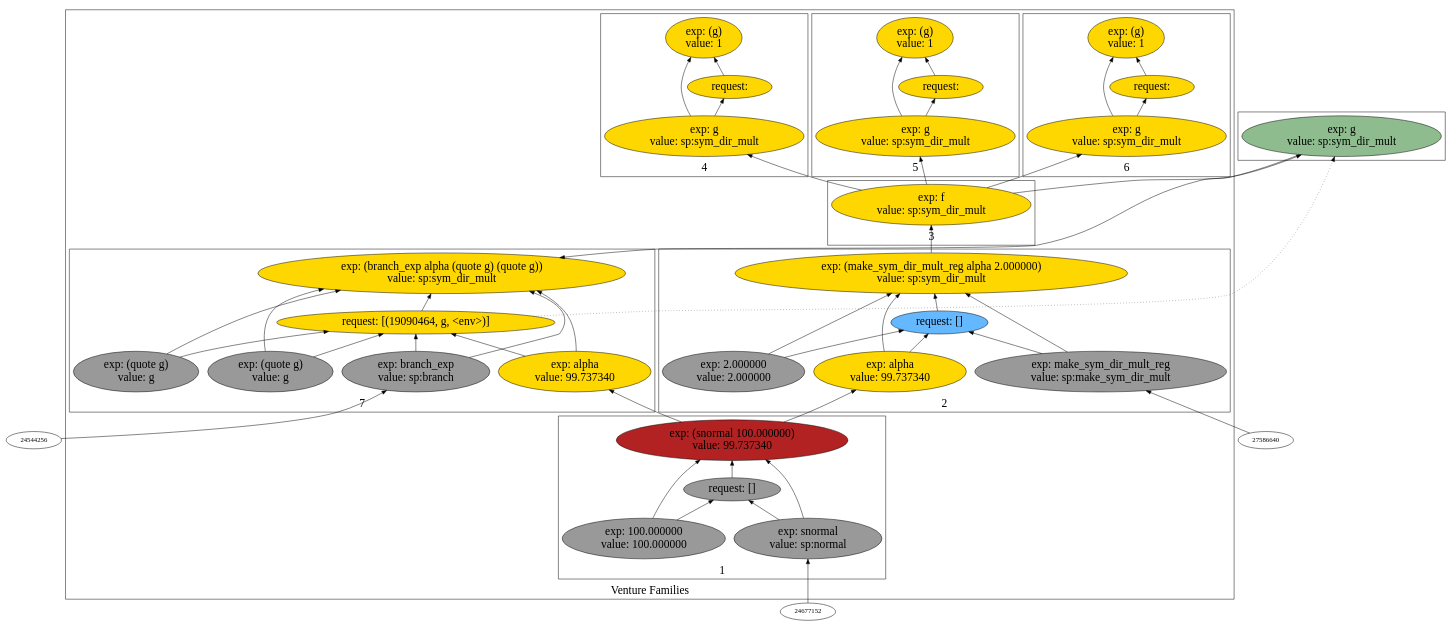
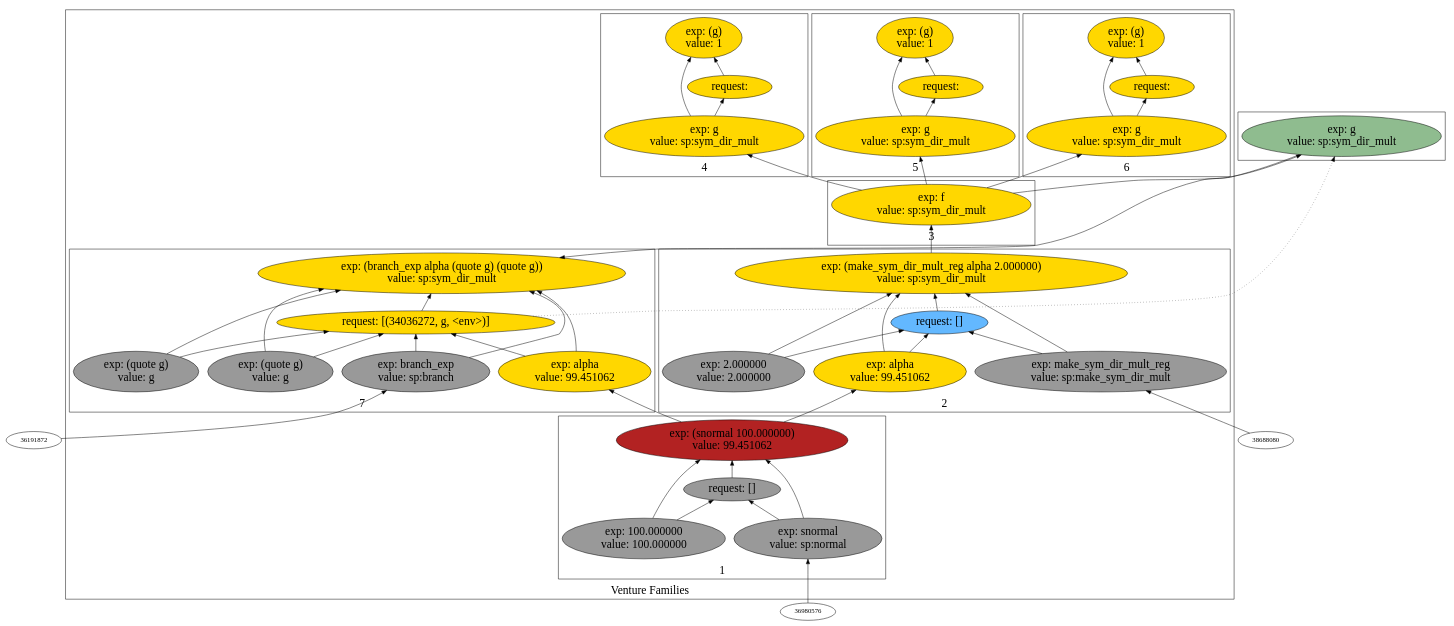
One commit to probcomp/Venturecxx changed the diagram in backend/cxx/graphs/aaa_challenge_no_aaa/dot3.dot. Above: the diagram before and after it, drawn with Graphviz. The commit also changed 374 other files, not shown here.

```diff
--- a/backend/cxx/graphs/aaa_challenge_no_aaa/dot3.dot
+++ b/backend/cxx/graphs/aaa_challenge_no_aaa/dot3.dot
@@ -5,105 +5,105 @@
 label="Venture Families"
 subgraph cluster2 {
 label="1"
-"19555728"["fillcolor"="firebrick" "fontsize"="24" "label"="exp: (snormal 100.000000)\nvalue: 99.737340" "shape"="ellipse" "style"="filled" ]
-"21569072"["fillcolor"="grey60" "fontsize"="24" "label"="request: []" "shape"="ellipse" "style"="filled" ]
-"21285312"["fillcolor"="grey60" "fontsize"="24" "label"="exp: snormal\nvalue: sp:normal" "shape"="ellipse" "style"="filled" ]
-"17556832"["fillcolor"="grey60" "fontsize"="24" "label"="exp: 100.000000\nvalue: 100.000000" "shape"="ellipse" "style"="filled" ]
+"37419920"["fillcolor"="firebrick" "fontsize"="24" "label"="exp: (snormal 100.000000)\nvalue: 99.451062" "shape"="ellipse" "style"="filled" ]
+"37220848"["fillcolor"="grey60" "fontsize"="24" "label"="request: []" "shape"="ellipse" "style"="filled" ]
+"31289616"["fillcolor"="grey60" "fontsize"="24" "label"="exp: snormal\nvalue: sp:normal" "shape"="ellipse" "style"="filled" ]
+"33946736"["fillcolor"="grey60" "fontsize"="24" "label"="exp: 100.000000\nvalue: 100.000000" "shape"="ellipse" "style"="filled" ]
 }
 
 subgraph cluster3 {
 label="2"
-"22140848"["fillcolor"="gold" "fontsize"="24" "label"="exp: (make_sym_dir_mult_reg alpha 2.000000)\nvalue: sp:sym_dir_mult" "shape"="ellipse" "style"="filled" ]
-"19964176"["fillcolor"="steelblue1" "fontsize"="24" "label"="request: []" "shape"="ellipse" "style"="filled" ]
-"20536048"["fillcolor"="grey60" "fontsize"="24" "label"="exp: make_sym_dir_mult_reg\nvalue: sp:make_sym_dir_mult" "shape"="ellipse" "style"="filled" ]
-"21594288"["fillcolor"="gold" "fontsize"="24" "label"="exp: alpha\nvalue: 99.737340" "shape"="ellipse" "style"="filled" ]
-"21669504"["fillcolor"="grey60" "fontsize"="24" "label"="exp: 2.000000\nvalue: 2.000000" "shape"="ellipse" "style"="filled" ]
+"33103552"["fillcolor"="gold" "fontsize"="24" "label"="exp: (make_sym_dir_mult_reg alpha 2.000000)\nvalue: sp:sym_dir_mult" "shape"="ellipse" "style"="filled" ]
+"31861488"["fillcolor"="steelblue1" "fontsize"="24" "label"="request: []" "shape"="ellipse" "style"="filled" ]
+"30588672"["fillcolor"="grey60" "fontsize"="24" "label"="exp: make_sym_dir_mult_reg\nvalue: sp:make_sym_dir_mult" "shape"="ellipse" "style"="filled" ]
+"31869600"["fillcolor"="gold" "fontsize"="24" "label"="exp: alpha\nvalue: 99.451062" "shape"="ellipse" "style"="filled" ]
+"31339040"["fillcolor"="grey60" "fontsize"="24" "label"="exp: 2.000000\nvalue: 2.000000" "shape"="ellipse" "style"="filled" ]
 }
 
 subgraph cluster4 {
 label="3"
-"21280336"["fillcolor"="gold" "fontsize"="24" "label"="exp: f\nvalue: sp:sym_dir_mult" "shape"="ellipse" "style"="filled" ]
+"30487200"["fillcolor"="gold" "fontsize"="24" "label"="exp: f\nvalue: sp:sym_dir_mult" "shape"="ellipse" "style"="filled" ]
 }
 
 subgraph cluster5 {
 label="4"
-"21253792"["fillcolor"="gold" "fontsize"="24" "label"="exp: (g)\nvalue: 1" "shape"="ellipse" "style"="filled" ]
-"20544160"["fillcolor"="gold" "fontsize"="24" "label"="request: " "shape"="ellipse" "style"="filled" ]
-"19263232"["fillcolor"="gold" "fontsize"="24" "label"="exp: g\nvalue: sp:sym_dir_mult" "shape"="ellipse" "style"="filled" ]
+"32857776"["fillcolor"="gold" "fontsize"="24" "label"="exp: (g)\nvalue: 1" "shape"="ellipse" "style"="filled" ]
+"32904704"["fillcolor"="gold" "fontsize"="24" "label"="request: " "shape"="ellipse" "style"="filled" ]
+"30881168"["fillcolor"="gold" "fontsize"="24" "label"="exp: g\nvalue: sp:sym_dir_mult" "shape"="ellipse" "style"="filled" ]
 }
 
 subgraph cluster6 {
 label="5"
-"21054944"["fillcolor"="gold" "fontsize"="24" "label"="exp: (g)\nvalue: 1" "shape"="ellipse" "style"="filled" ]
-"19161760"["fillcolor"="gold" "fontsize"="24" "label"="request: " "shape"="ellipse" "style"="filled" ]
-"21008016"["fillcolor"="gold" "fontsize"="24" "label"="exp: g\nvalue: sp:sym_dir_mult" "shape"="ellipse" "style"="filled" ]
+"31341232"["fillcolor"="gold" "fontsize"="24" "label"="exp: (g)\nvalue: 1" "shape"="ellipse" "style"="filled" ]
+"31983280"["fillcolor"="gold" "fontsize"="24" "label"="request: " "shape"="ellipse" "style"="filled" ]
+"30868272"["fillcolor"="gold" "fontsize"="24" "label"="exp: g\nvalue: sp:sym_dir_mult" "shape"="ellipse" "style"="filled" ]
 }
 
 subgraph cluster7 {
 label="6"
-"20657840"["fillcolor"="gold" "fontsize"="24" "label"="exp: (g)\nvalue: 1" "shape"="ellipse" "style"="filled" ]
-"19542832"["fillcolor"="gold" "fontsize"="24" "label"="request: " "shape"="ellipse" "style"="filled" ]
-"20003376"["fillcolor"="gold" "fontsize"="24" "label"="exp: g\nvalue: sp:sym_dir_mult" "shape"="ellipse" "style"="filled" ]
+"31328816"["fillcolor"="gold" "fontsize"="24" "label"="exp: (g)\nvalue: 1" "shape"="ellipse" "style"="filled" ]
+"37271520"["fillcolor"="gold" "fontsize"="24" "label"="request: " "shape"="ellipse" "style"="filled" ]
+"30415904"["fillcolor"="gold" "fontsize"="24" "label"="exp: g\nvalue: sp:sym_dir_mult" "shape"="ellipse" "style"="filled" ]
 }
 
 subgraph cluster8 {
 label="7"
-"19527392"["fillcolor"="gold" "fontsize"="24" "label"="exp: (branch_exp alpha (quote g) (quote g))\nvalue: sp:sym_dir_mult" "shape"="ellipse" "style"="filled" ]
-"19090464"["fillcolor"="gold" "fontsize"="24" "label"="request: [(19090464, g, <env>)]" "shape"="ellipse" "style"="filled" ]
-"21242832"["fillcolor"="grey60" "fontsize"="24" "label"="exp: branch_exp\nvalue: sp:branch" "shape"="ellipse" "style"="filled" ]
-"21585232"["fillcolor"="gold" "fontsize"="24" "label"="exp: alpha\nvalue: 99.737340" "shape"="ellipse" "style"="filled" ]
-"20015792"["fillcolor"="grey60" "fontsize"="24" "label"="exp: (quote g)\nvalue: g" "shape"="ellipse" "style"="filled" ]
-"19757488"["fillcolor"="grey60" "fontsize"="24" "label"="exp: (quote g)\nvalue: g" "shape"="ellipse" "style"="filled" ]
+"33092592"["fillcolor"="gold" "fontsize"="24" "label"="exp: (branch_exp alpha (quote g) (quote g))\nvalue: sp:sym_dir_mult" "shape"="ellipse" "style"="filled" ]
+"34036272"["fillcolor"="gold" "fontsize"="24" "label"="request: [(34036272, g, <env>)]" "shape"="ellipse" "style"="filled" ]
+"29656560"["fillcolor"="grey60" "fontsize"="24" "label"="exp: branch_exp\nvalue: sp:branch" "shape"="ellipse" "style"="filled" ]
+"33943744"["fillcolor"="gold" "fontsize"="24" "label"="exp: alpha\nvalue: 99.451062" "shape"="ellipse" "style"="filled" ]
+"38700016"["fillcolor"="grey60" "fontsize"="24" "label"="exp: (quote g)\nvalue: g" "shape"="ellipse" "style"="filled" ]
+"36919568"["fillcolor"="grey60" "fontsize"="24" "label"="exp: (quote g)\nvalue: g" "shape"="ellipse" "style"="filled" ]
 }
 
 }
 
 subgraph cluster9 {
 label=""
-"24583872"["fillcolor"="darkseagreen" "fontsize"="24" "label"="exp: g\nvalue: sp:sym_dir_mult" "shape"="ellipse" "style"="filled" ]
+"33936992"["fillcolor"="darkseagreen" "fontsize"="24" "label"="exp: g\nvalue: sp:sym_dir_mult" "shape"="ellipse" "style"="filled" ]
 }
 
-"21242832" -> "19527392"["arrowhead"="normal" "color"="black" "constraint"="true" "style"="solid" ]
-"21242832" -> "19090464"["arrowhead"="normal" "color"="black" "constraint"="true" "style"="solid" ]
-"24544256" -> "21242832"["arrowhead"="normal" "color"="black" "constraint"="true" "style"="solid" ]
-"21585232" -> "19527392"["arrowhead"="normal" "color"="black" "constraint"="true" "style"="solid" ]
-"21585232" -> "19090464"["arrowhead"="normal" "color"="black" "constraint"="true" "style"="solid" ]
-"19555728" -> "21585232"["arrowhead"="normal" "color"="black" "constraint"="true" "style"="solid" ]
-"20015792" -> "19527392"["arrowhead"="normal" "color"="black" "constraint"="true" "style"="solid" ]
-"20015792" -> "19090464"["arrowhead"="normal" "color"="black" "constraint"="true" "style"="solid" ]
-"19757488" -> "19527392"["arrowhead"="normal" "color"="black" "constraint"="true" "style"="solid" ]
-"19757488" -> "19090464"["arrowhead"="normal" "color"="black" "constraint"="true" "style"="solid" ]
-"19090464" -> "19527392"["arrowhead"="normal" "color"="black" "constraint"="true" "style"="solid" ]
-"24583872" -> "19527392"["arrowhead"="normal" "color"="black" "constraint"="true" "style"="solid" ]
-"19090464" -> "24583872"["arrowhead"="normal" "color"="black" "constraint"="false" "style"="dotted" ]
-"21285312" -> "19555728"["arrowhead"="normal" "color"="black" "constraint"="true" "style"="solid" ]
-"21285312" -> "21569072"["arrowhead"="normal" "color"="black" "constraint"="true" "style"="solid" ]
-"24677152" -> "21285312"["arrowhead"="normal" "color"="black" "constraint"="true" "style"="solid" ]
-"17556832" -> "19555728"["arrowhead"="normal" "color"="black" "constraint"="true" "style"="solid" ]
-"17556832" -> "21569072"["arrowhead"="normal" "color"="black" "constraint"="true" "style"="solid" ]
-"21569072" -> "19555728"["arrowhead"="normal" "color"="black" "constraint"="true" "style"="solid" ]
-"20003376" -> "20657840"["arrowhead"="normal" "color"="black" "constraint"="true" "style"="solid" ]
-"20003376" -> "19542832"["arrowhead"="normal" "color"="black" "constraint"="true" "style"="solid" ]
-"21280336" -> "20003376"["arrowhead"="normal" "color"="black" "constraint"="true" "style"="solid" ]
-"19542832" -> "20657840"["arrowhead"="normal" "color"="black" "constraint"="true" "style"="solid" ]
-"21008016" -> "21054944"["arrowhead"="normal" "color"="black" "constraint"="true" "style"="solid" ]
-"21008016" -> "19161760"["arrowhead"="normal" "color"="black" "constraint"="true" "style"="solid" ]
-"21280336" -> "21008016"["arrowhead"="normal" "color"="black" "constraint"="true" "style"="solid" ]
-"19161760" -> "21054944"["arrowhead"="normal" "color"="black" "constraint"="true" "style"="solid" ]
-"19263232" -> "21253792"["arrowhead"="normal" "color"="black" "constraint"="true" "style"="solid" ]
-"19263232" -> "20544160"["arrowhead"="normal" "color"="black" "constraint"="true" "style"="solid" ]
-"21280336" -> "19263232"["arrowhead"="normal" "color"="black" "constraint"="true" "style"="solid" ]
-"20544160" -> "21253792"["arrowhead"="normal" "color"="black" "constraint"="true" "style"="solid" ]
-"22140848" -> "21280336"["arrowhead"="normal" "color"="black" "constraint"="true" "style"="solid" ]
-"20536048" -> "22140848"["arrowhead"="normal" "color"="black" "constraint"="true" "style"="solid" ]
-"20536048" -> "19964176"["arrowhead"="normal" "color"="black" "constraint"="true" "style"="solid" ]
-"27586640" -> "20536048"["arrowhead"="normal" "color"="black" "constraint"="true" "style"="solid" ]
-"21594288" -> "22140848"["arrowhead"="normal" "color"="black" "constraint"="true" "style"="solid" ]
-"21594288" -> "19964176"["arrowhead"="normal" "color"="black" "constraint"="true" "style"="solid" ]
-"19555728" -> "21594288"["arrowhead"="normal" "color"="black" "constraint"="true" "style"="solid" ]
-"21669504" -> "22140848"["arrowhead"="normal" "color"="black" "constraint"="true" "style"="solid" ]
-"21669504" -> "19964176"["arrowhead"="normal" "color"="black" "constraint"="true" "style"="solid" ]
-"19964176" -> "22140848"["arrowhead"="normal" "color"="black" "constraint"="true" "style"="solid" ]
-"21280336" -> "24583872"["arrowhead"="normal" "color"="black" "constraint"="true" "style"="solid" ]
+"33103552" -> "30487200"["arrowhead"="normal" "color"="black" "constraint"="true" "style"="solid" ]
+"30415904" -> "31328816"["arrowhead"="normal" "color"="black" "constraint"="true" "style"="solid" ]
+"30415904" -> "37271520"["arrowhead"="normal" "color"="black" "constraint"="true" "style"="solid" ]
+"30487200" -> "30415904"["arrowhead"="normal" "color"="black" "constraint"="true" "style"="solid" ]
+"37271520" -> "31328816"["arrowhead"="normal" "color"="black" "constraint"="true" "style"="solid" ]
+"30868272" -> "31341232"["arrowhead"="normal" "color"="black" "constraint"="true" "style"="solid" ]
+"30868272" -> "31983280"["arrowhead"="normal" "color"="black" "constraint"="true" "style"="solid" ]
+"30487200" -> "30868272"["arrowhead"="normal" "color"="black" "constraint"="true" "style"="solid" ]
+"31983280" -> "31341232"["arrowhead"="normal" "color"="black" "constraint"="true" "style"="solid" ]
+"30881168" -> "32857776"["arrowhead"="normal" "color"="black" "constraint"="true" "style"="solid" ]
+"30881168" -> "32904704"["arrowhead"="normal" "color"="black" "constraint"="true" "style"="solid" ]
+"30487200" -> "30881168"["arrowhead"="normal" "color"="black" "constraint"="true" "style"="solid" ]
+"32904704" -> "32857776"["arrowhead"="normal" "color"="black" "constraint"="true" "style"="solid" ]
+"29656560" -> "33092592"["arrowhead"="normal" "color"="black" "constraint"="true" "style"="solid" ]
+"29656560" -> "34036272"["arrowhead"="normal" "color"="black" "constraint"="true" "style"="solid" ]
+"36191872" -> "29656560"["arrowhead"="normal" "color"="black" "constraint"="true" "style"="solid" ]
+"33943744" -> "33092592"["arrowhead"="normal" "color"="black" "constraint"="true" "style"="solid" ]
+"33943744" -> "34036272"["arrowhead"="normal" "color"="black" "constraint"="true" "style"="solid" ]
+"37419920" -> "33943744"["arrowhead"="normal" "color"="black" "constraint"="true" "style"="solid" ]
+"38700016" -> "33092592"["arrowhead"="normal" "color"="black" "constraint"="true" "style"="solid" ]
+"38700016" -> "34036272"["arrowhead"="normal" "color"="black" "constraint"="true" "style"="solid" ]
+"36919568" -> "33092592"["arrowhead"="normal" "color"="black" "constraint"="true" "style"="solid" ]
+"36919568" -> "34036272"["arrowhead"="normal" "color"="black" "constraint"="true" "style"="solid" ]
+"34036272" -> "33092592"["arrowhead"="normal" "color"="black" "constraint"="true" "style"="solid" ]
+"33936992" -> "33092592"["arrowhead"="normal" "color"="black" "constraint"="true" "style"="solid" ]
+"34036272" -> "33936992"["arrowhead"="normal" "color"="black" "constraint"="false" "style"="dotted" ]
+"30588672" -> "33103552"["arrowhead"="normal" "color"="black" "constraint"="true" "style"="solid" ]
+"30588672" -> "31861488"["arrowhead"="normal" "color"="black" "constraint"="true" "style"="solid" ]
+"38688080" -> "30588672"["arrowhead"="normal" "color"="black" "constraint"="true" "style"="solid" ]
+"31869600" -> "33103552"["arrowhead"="normal" "color"="black" "constraint"="true" "style"="solid" ]
+"31869600" -> "31861488"["arrowhead"="normal" "color"="black" "constraint"="true" "style"="solid" ]
+"37419920" -> "31869600"["arrowhead"="normal" "color"="black" "constraint"="true" "style"="solid" ]
+"31339040" -> "33103552"["arrowhead"="normal" "color"="black" "constraint"="true" "style"="solid" ]
+"31339040" -> "31861488"["arrowhead"="normal" "color"="black" "constraint"="true" "style"="solid" ]
+"31861488" -> "33103552"["arrowhead"="normal" "color"="black" "constraint"="true" "style"="solid" ]
+"30487200" -> "33936992"["arrowhead"="normal" "color"="black" "constraint"="true" "style"="solid" ]
+"31289616" -> "37419920"["arrowhead"="normal" "color"="black" "constraint"="true" "style"="solid" ]
+"31289616" -> "37220848"["arrowhead"="normal" "color"="black" "constraint"="true" "style"="solid" ]
+"36980576" -> "31289616"["arrowhead"="normal" "color"="black" "constraint"="true" "style"="solid" ]
+"33946736" -> "37419920"["arrowhead"="normal" "color"="black" "constraint"="true" "style"="solid" ]
+"33946736" -> "37220848"["arrowhead"="normal" "color"="black" "constraint"="true" "style"="solid" ]
+"37220848" -> "37419920"["arrowhead"="normal" "color"="black" "constraint"="true" "style"="solid" ]
 
 }
```
